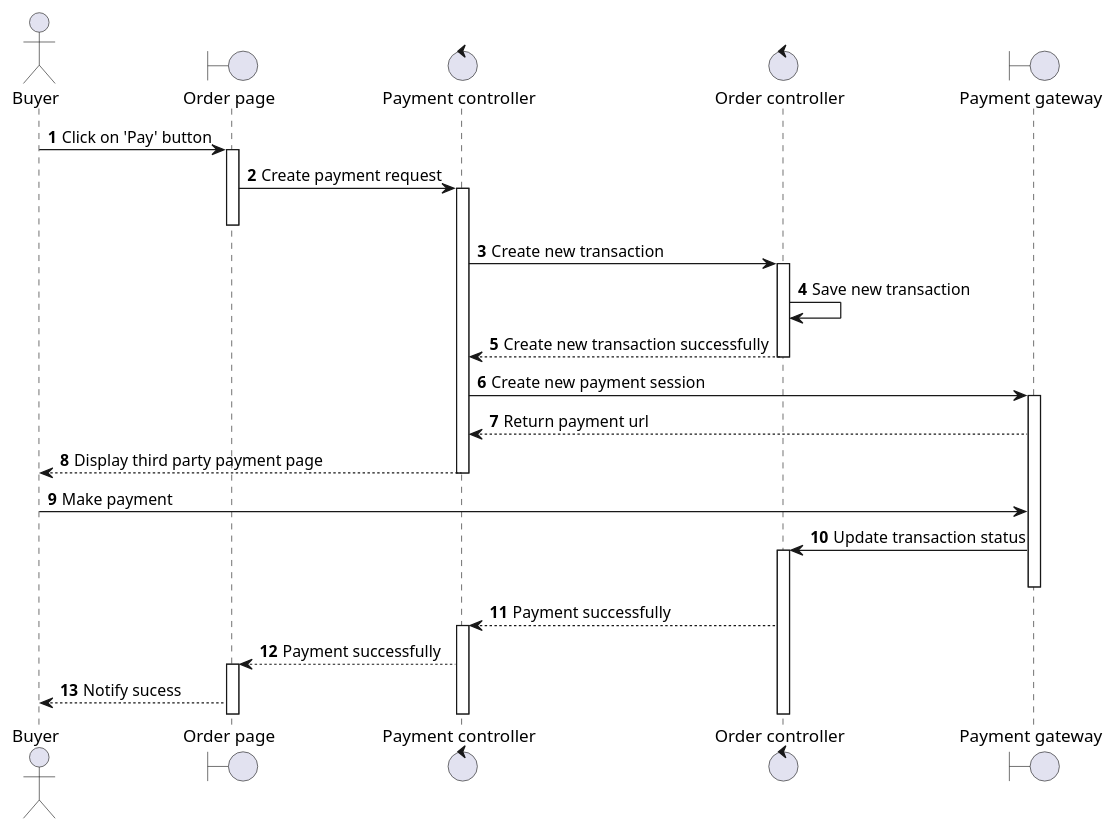
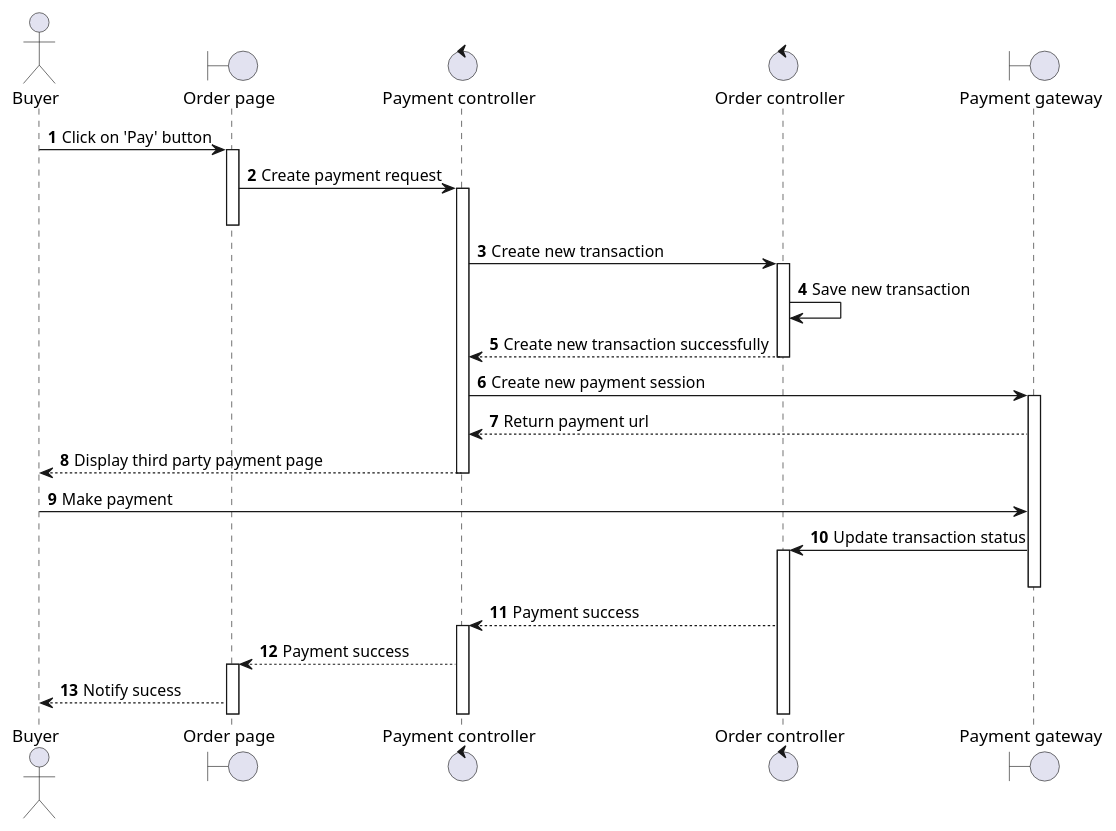
One commit to doublek2712/SE357-Pratice-class changed the diagram in Lab 1.2/puml-code/sequence/pay-through-third-party-payment-gateway.puml. Above: the diagram before and after it, drawn with PlantUML. The commit also changed 4 other files, not shown here.

```diff
--- a/Lab 1.2/puml-code/sequence/pay-through-third-party-payment-gateway.puml
+++ b/Lab 1.2/puml-code/sequence/pay-through-third-party-payment-gateway.puml
@@ -1,26 +1,26 @@
 @startuml
 autonumber
 actor "Buyer" as Buyer
 boundary "Order page" as Page
 control "Payment controller" as PaymentCtrl
 control "Order controller" as OrderCtrl
 boundary "Payment gateway" as Gateway
 
 Buyer -> Page ++: Click on 'Pay' button
 Page -> PaymentCtrl ++: Create payment request
 Page--
 PaymentCtrl -> OrderCtrl ++: Create new transaction
 OrderCtrl -> OrderCtrl: Save new transaction
 OrderCtrl --> PaymentCtrl: Create new transaction successfully
 OrderCtrl--
 PaymentCtrl -> Gateway ++: Create new payment session
 Gateway --> PaymentCtrl: Return payment url
 PaymentCtrl --> Buyer: Display third party payment page
 PaymentCtrl--
 Buyer -> Gateway: Make payment
 Gateway -> OrderCtrl ++: Update transaction status
 Gateway--
-OrderCtrl --> PaymentCtrl ++: Payment successfully
-PaymentCtrl --> Page ++: Payment successfully
+OrderCtrl --> PaymentCtrl ++: Payment success
+PaymentCtrl --> Page ++: Payment success
 Page --> Buyer: Notify sucess
 @enduml
```
